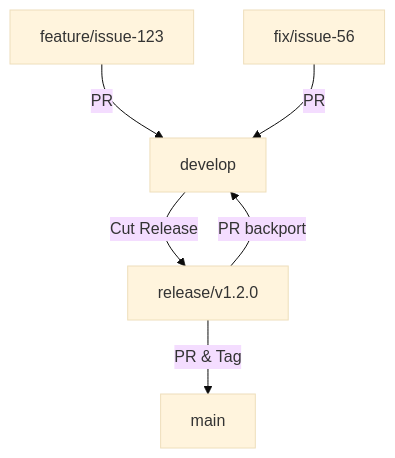
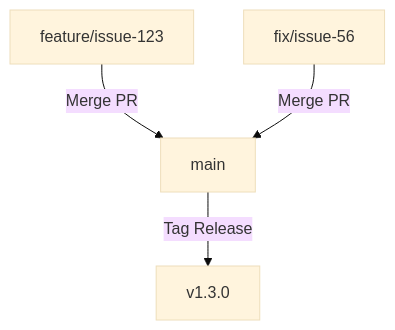
Before and after one commit to GabFiterman/sete-janelas: the diagram in .agents/rules/release-and-changelog.md, drawn with Mermaid (base theme). The commit also changed other lines of this file and 2 other files, not shown here.

Commit message:
chore: release v1.3.0

````diff
--- a/.agents/rules/release-and-changelog.md
+++ b/.agents/rules/release-and-changelog.md
@@ -89,8 +88,6 @@
 ```mermaid
 graph TD
-    feature[feature/issue-123] -->|PR| develop[develop]
-    bugfix[fix/issue-56] -->|PR| develop
-    develop -->|Cut Release| release[release/v1.2.0]
-    release -->|PR & Tag| main[main]
-    release -->|PR backport| develop
+    feature[feature/issue-123] -->|Merge PR| main[main]
+    bugfix[fix/issue-56] -->|Merge PR| main
+    main -->|Tag Release| tag[v1.3.0]
 ```
````
